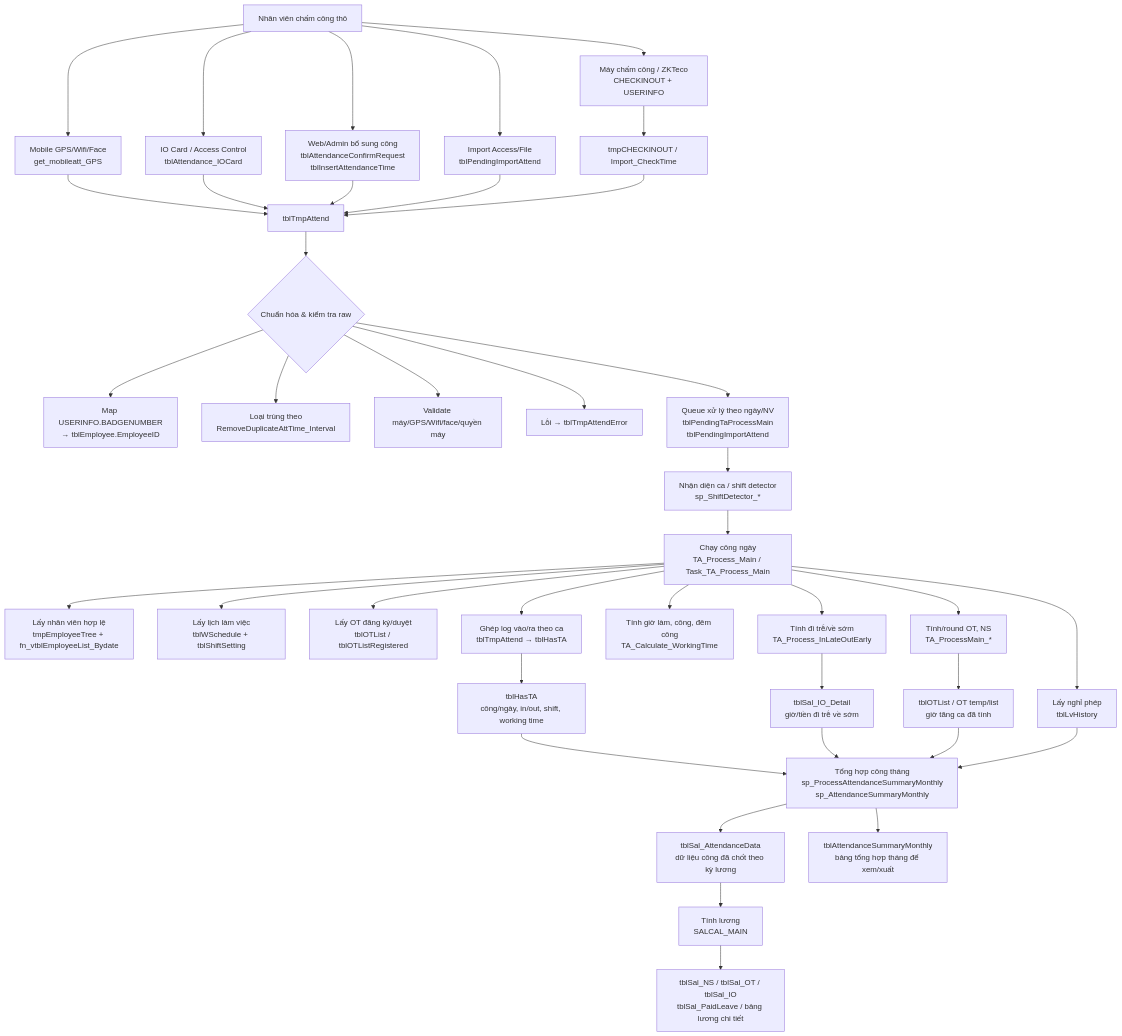
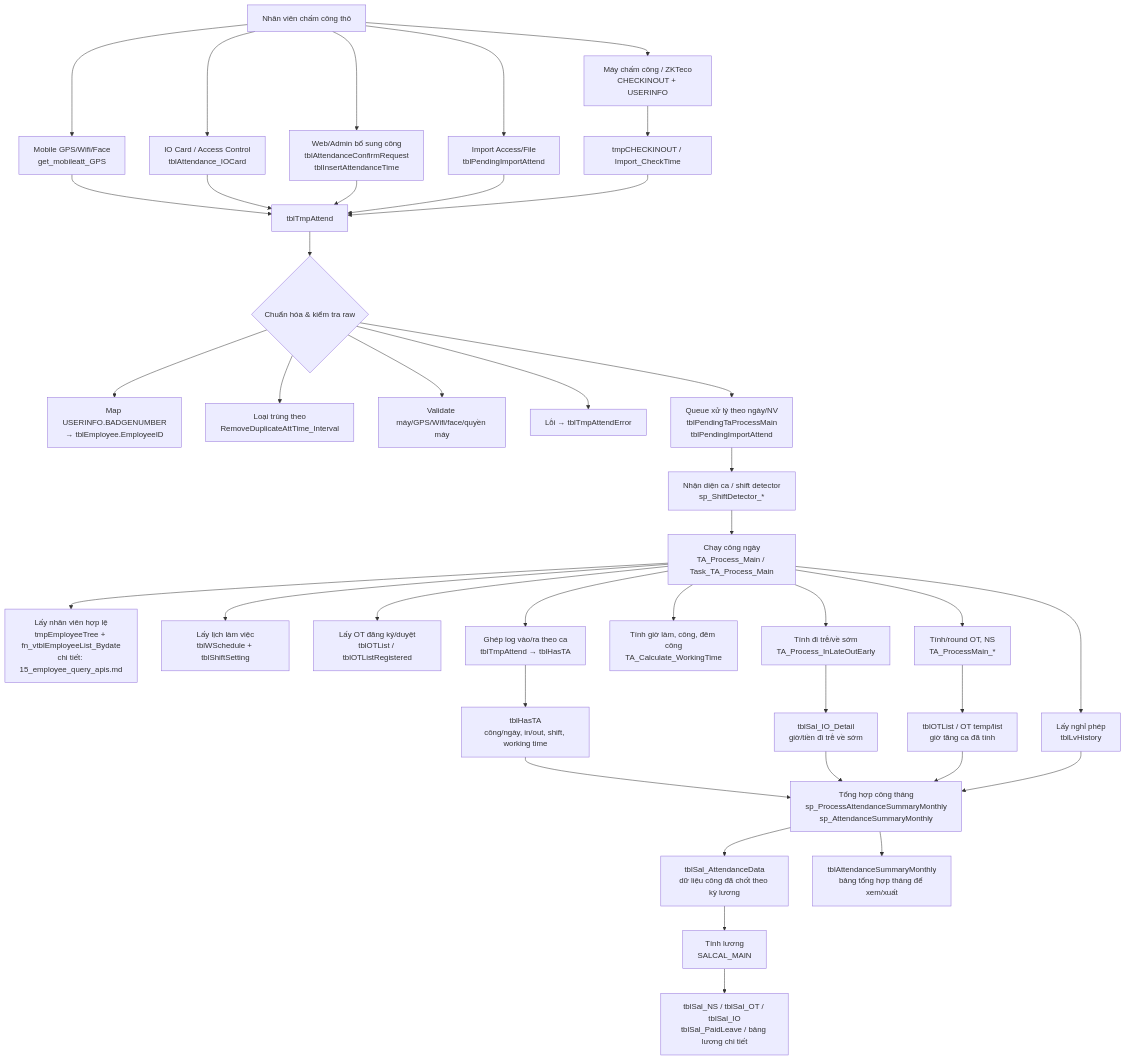
Before and after one commit to TranDaiHuu09072004/VietinsoftWork: the diagram in Knowledge/05_db_attendance.md, drawn with Mermaid. The commit also changed 18 other files, not shown here.

````diff
--- a/Knowledge/05_db_attendance.md
+++ b/Knowledge/05_db_attendance.md
@@ -120,48 +120,48 @@
 ```mermaid
 flowchart TD
     A[Nhân viên chấm công thô] --> A1[Máy chấm công / ZKTeco<br/>CHECKINOUT + USERINFO]
     A --> A2[Mobile GPS/Wifi/Face<br/>get_mobileatt_GPS]
     A --> A3[IO Card / Access Control<br/>tblAttendance_IOCard]
     A --> A4[Web/Admin bổ sung công<br/>tblAttendanceConfirmRequest<br/>tblInsertAttendanceTime]
     A --> A5[Import Access/File<br/>tblPendingImportAttend]
 
     A1 --> B[tmpCHECKINOUT / Import_CheckTime]
     A2 --> C[tblTmpAttend]
     A3 --> C
     A4 --> C
     A5 --> C
     B --> C
 
     C --> D{Chuẩn hóa & kiểm tra raw}
     D --> D1[Map USERINFO.BADGENUMBER<br/>→ tblEmployee.EmployeeID]
     D --> D2[Loại trùng theo<br/>RemoveDuplicateAttTime_Interval]
     D --> D3[Validate máy/GPS/Wifi/face/quyền máy]
     D --> D4[Lỗi → tblTmpAttendError]
     D --> E[Queue xử lý theo ngày/NV<br/>tblPendingTaProcessMain<br/>tblPendingImportAttend]
 
     E --> F[Nhận diện ca / shift detector<br/>sp_ShiftDetector_*]
     F --> G[Chạy công ngày<br/>TA_Process_Main / Task_TA_Process_Main]
 
-    G --> G1[Lấy nhân viên hợp lệ<br/>tmpEmployeeTree + fn_vtblEmployeeList_Bydate]
+    G --> G1[Lấy nhân viên hợp lệ<br/>tmpEmployeeTree + fn_vtblEmployeeList_Bydate<br/>chi tiết: 15_employee_query_apis.md]
     G --> G2[Lấy lịch làm việc<br/>tblWSchedule + tblShiftSetting]
     G --> G3[Lấy nghỉ phép<br/>tblLvHistory]
     G --> G4[Lấy OT đăng ký/duyệt<br/>tblOTList / tblOTListRegistered]
     G --> G5[Ghép log vào/ra theo ca<br/>tblTmpAttend → tblHasTA]
     G --> G6[Tính giờ làm, công, đêm công<br/>TA_Calculate_WorkingTime]
     G --> G7[Tính đi trễ/về sớm<br/>TA_Process_InLateOutEarly]
     G --> G8[Tính/round OT, NS<br/>TA_ProcessMain_*]
 
     G5 --> H[tblHasTA<br/>công/ngày, in/out, shift, working time]
     G7 --> I[tblSal_IO_Detail<br/>giờ/tiền đi trễ về sớm]
     G8 --> J[tblOTList / OT temp/list<br/>giờ tăng ca đã tính]
 
     H --> K[Tổng hợp công tháng<br/>sp_ProcessAttendanceSummaryMonthly<br/>sp_AttendanceSummaryMonthly]
     I --> K
     J --> K
     G3 --> K
     K --> L[tblSal_AttendanceData<br/>dữ liệu công đã chốt theo kỳ lương]
     K --> M[tblAttendanceSummaryMonthly<br/>bảng tổng hợp tháng để xem/xuất]
 
     L --> N[Tính lương<br/>SALCAL_MAIN]
     N --> N1[tblSal_NS / tblSal_OT / tblSal_IO<br/>tblSal_PaidLeave / bảng lương chi tiết]
 ```
````
